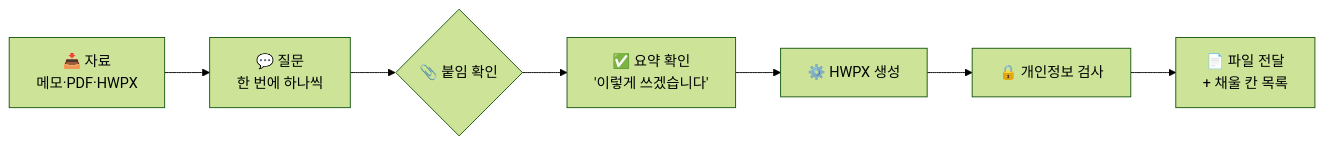
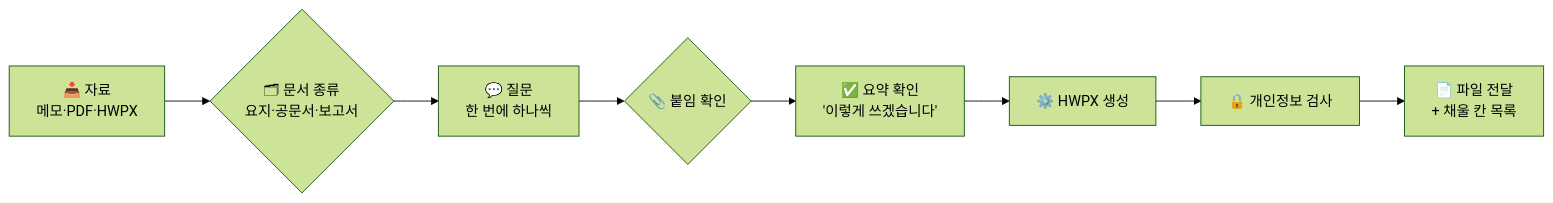
The diagram in README.md (tmdguq2002/auc), drawn with Mermaid (forest theme) before and after one commit. The commit also changed other lines of this file and 15 other files, not shown here.

````diff
--- a/README.md
+++ b/README.md
@@ -76,9 +83,10 @@
 ```mermaid
 flowchart LR
-    A[📥 자료<br>메모·PDF·HWPX] --> B[💬 질문<br>한 번에 하나씩]
+    A[📥 자료<br>메모·PDF·HWPX] --> T{🗂 문서 종류<br>요지·공문서·보고서}
+    T --> B[💬 질문<br>한 번에 하나씩]
     B --> C{📎 붙임 확인}
     C --> D[✅ 요약 확인<br>'이렇게 쓰겠습니다']
     D --> E[⚙️ HWPX 생성]
     E --> F[🔒 개인정보 검사]
     F --> G[📄 파일 전달<br>+ 채울 칸 목록]
 ```
````
